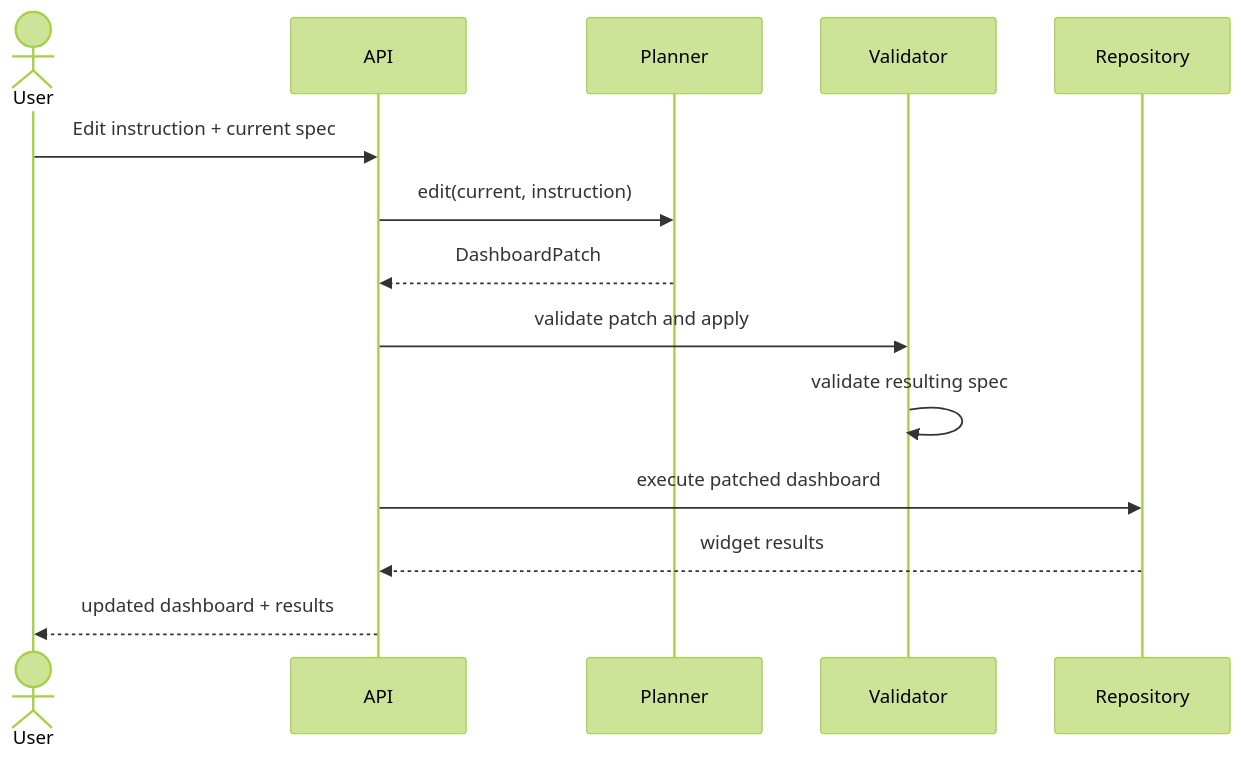
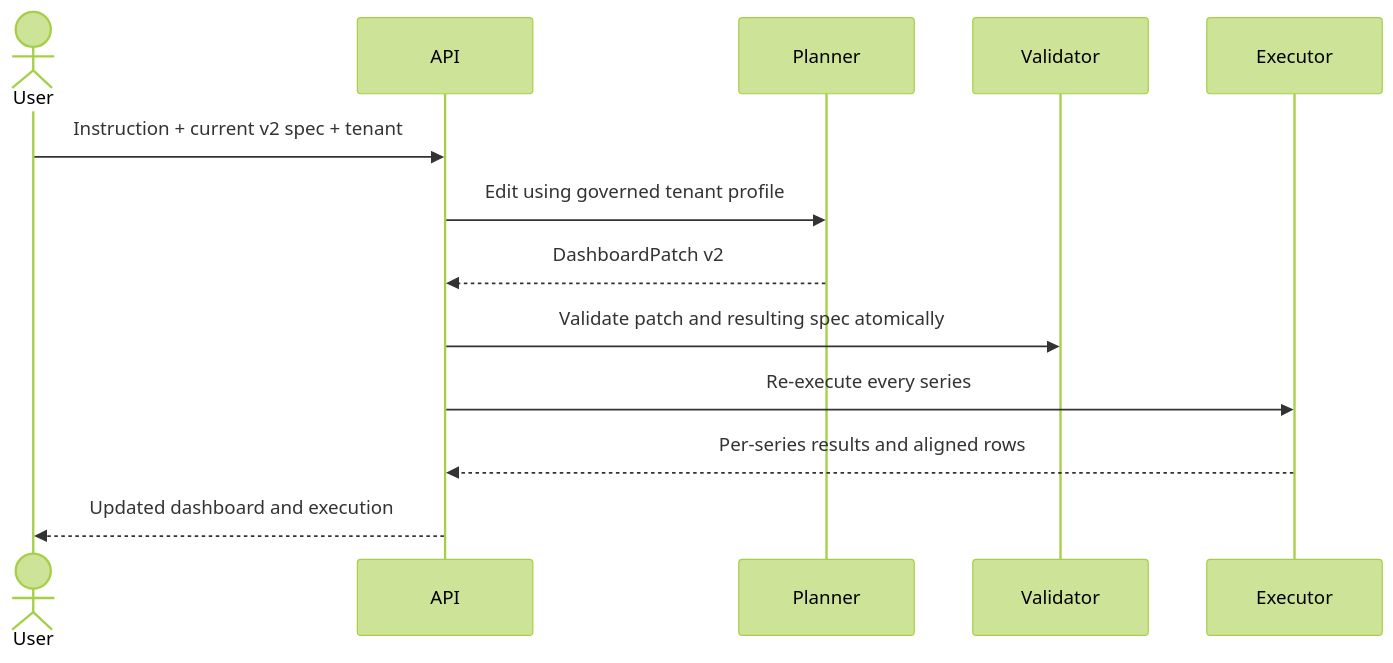
The fourth of 5 diagrams in docs/architecture/diagrams.md (hazemyoussif/el-dabboos-analytics), drawn with Mermaid (forest theme) before and after one commit. The commit also changed other lines of this file and 15 other files, not shown here.

Commit message:
docs(architecture): record market, template and v2 decisions

````diff
--- a/docs/architecture/diagrams.md
+++ b/docs/architecture/diagrams.md
@@ -63,15 +71,15 @@
 ```mermaid
 sequenceDiagram
   actor User
   participant API
   participant Planner
   participant Validator
-  User->>API: Edit instruction + current spec
-  API->>Planner: edit(current, instruction)
-  Planner-->>API: DashboardPatch
-  API->>Validator: validate patch and apply
-  Validator->>Validator: validate resulting spec
-  API->>Repository: execute patched dashboard
-  Repository-->>API: widget results
-  API-->>User: updated dashboard + results
+  participant Executor
+  User->>API: Instruction + current v2 spec + tenant
+  API->>Planner: Edit using governed tenant profile
+  Planner-->>API: DashboardPatch v2
+  API->>Validator: Validate patch and resulting spec atomically
+  API->>Executor: Re-execute every series
+  Executor-->>API: Per-series results and aligned rows
+  API-->>User: Updated dashboard and execution
 ```
````
